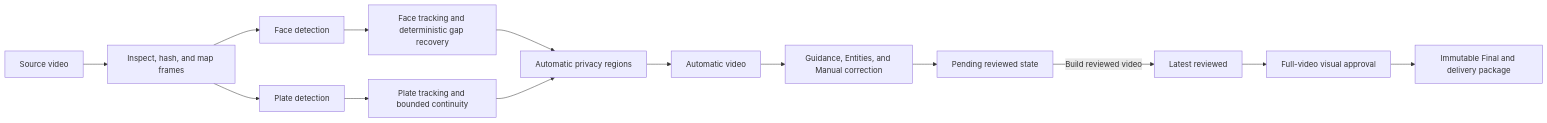
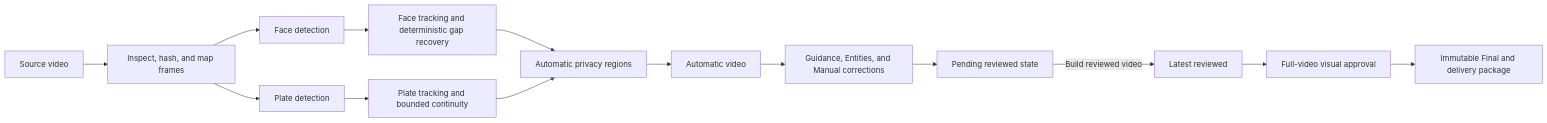
Before and after one commit to anastasia-krnjaic/video-redaction-pipeline: the diagram in README.md, drawn with Mermaid. The commit also changed other lines of this file and 14 other files, not shown here.

````diff
--- a/README.md
+++ b/README.md
@@ -39,16 +39,16 @@
 ```mermaid
 flowchart LR
     A[Source video] --> B[Inspect, hash, and map frames]
     B --> C1[Face detection]
     B --> C2[Plate detection]
     C1 --> D1[Face tracking and deterministic gap recovery]
     C2 --> D2[Plate tracking and bounded continuity]
     D1 --> E[Automatic privacy regions]
     D2 --> E
     E --> F[Automatic video]
-    F --> G[Guidance, Entities, and Manual correction]
+    F --> G[Guidance, Entities, and Manual corrections]
     G --> H[Pending reviewed state]
     H -->|Build reviewed video| I[Latest reviewed]
     I --> J[Full-video visual approval]
     J --> K[Immutable Final and delivery package]
 ```
````
